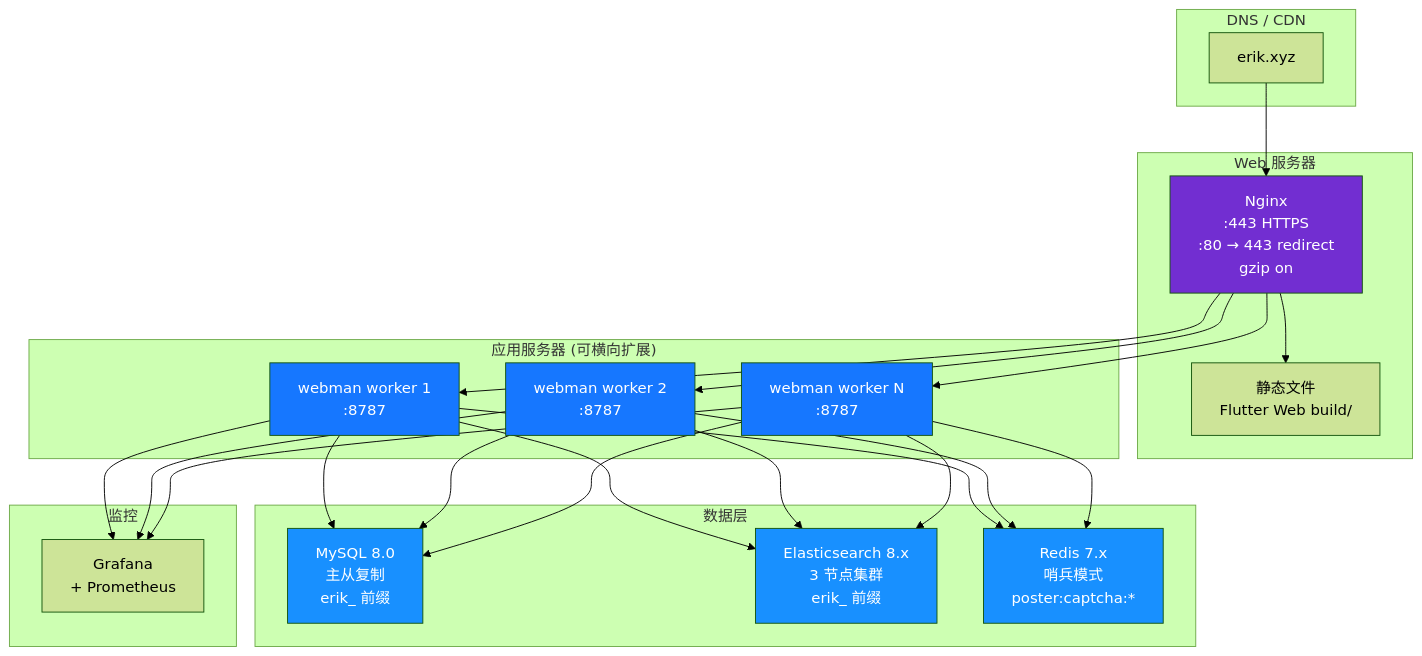
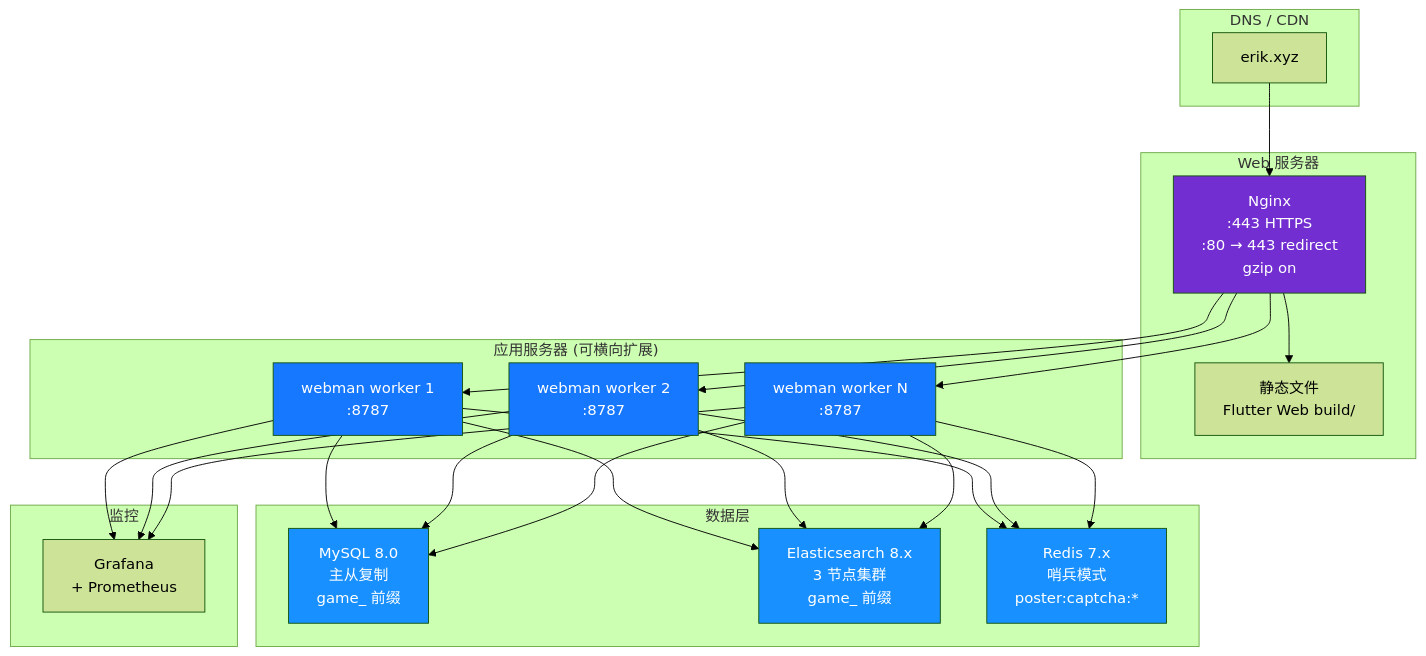
Diagram 14 of 14 in admin/docs/ARCHITECTURE.bn.md (erikwang2013/game-platform-php), drawn with Mermaid (forest theme) before and after one commit. The commit also changed other lines of this file and 345 other files, not shown here.

````diff
--- a/admin/docs/ARCHITECTURE.bn.md
+++ b/admin/docs/ARCHITECTURE.bn.md
@@ -660,43 +660,43 @@
 ```mermaid
 flowchart TB
     subgraph "DNS / CDN"
         DNS["erik.xyz"]
     end
 
     subgraph "Web 服务器"
         NGX["Nginx<br/>:443 HTTPS<br/>:80 → 443 redirect<br/>gzip on"]
         STA["静态文件<br/>Flutter Web build/"]
     end
 
     subgraph "应用服务器 (可横向扩展)"
         WM1["webman worker 1<br/>:8787"]
         WM2["webman worker 2<br/>:8787"]
         WM3["webman worker N<br/>:8787"]
     end
 
     subgraph "数据层"
-        MYSQL["MySQL 8.0<br/>主从复制<br/>erik_ 前缀"]
-        ES["Elasticsearch 8.x<br/>3 节点集群<br/>erik_ 前缀"]
+        MYSQL["MySQL 8.0<br/>主从复制<br/>game_ 前缀"]
+        ES["Elasticsearch 8.x<br/>3 节点集群<br/>game_ 前缀"]
         REDIS["Redis 7.x<br/>哨兵模式<br/>poster:captcha:*"]
     end
 
     subgraph "监控"
         MON["Grafana<br/>+ Prometheus"]
     end
 
     DNS --> NGX
     NGX --> STA
     NGX --> WM1 & WM2 & WM3
     WM1 & WM2 & WM3 --> MYSQL
     WM1 & WM2 & WM3 --> ES
     WM1 & WM2 & WM3 --> REDIS
     WM1 & WM2 & WM3 --> MON
 
     style NGX fill:#722ED1,color:#fff
     style WM1 fill:#1677FF,color:#fff
     style WM2 fill:#1677FF,color:#fff
     style WM3 fill:#1677FF,color:#fff
     style MYSQL fill:#1890FF,color:#fff
     style ES fill:#1890FF,color:#fff
     style REDIS fill:#1890FF,color:#fff
 ```
````
